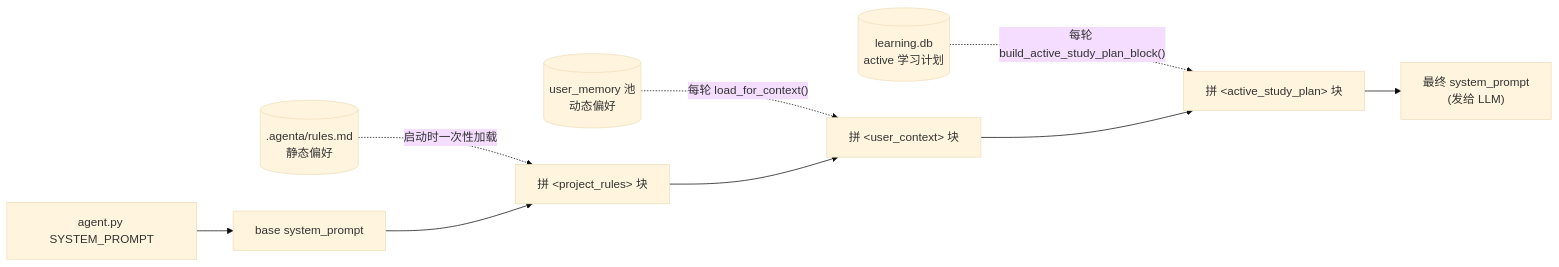
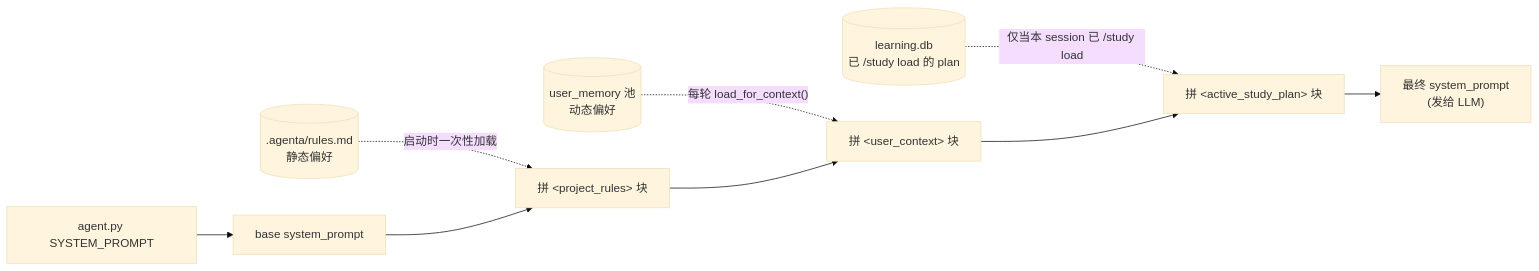
Before and after one commit to michaelwangzhenan/AgentA: diagram 14 of 20 in docs/design.md, drawn with Mermaid (base theme). The commit also changed other lines of this file and 24 other files, not shown here.

````diff
--- a/docs/design.md
+++ b/docs/design.md
@@ -603,14 +603,14 @@
 ```mermaid
 flowchart LR
     SYS["agent.py SYSTEM_PROMPT"]
     RULES[(".agenta/rules.md<br/>静态偏好")]
     MEM[("user_memory 池<br/>动态偏好")]
-    LP[("learning.db<br/>active 学习计划")]
+    LP[("learning.db<br/>已 /study load 的 plan")]
 
     SYS --> BASE["base system_prompt"]
     RULES -.->|"启动时一次性加载"| R["拼 &lt;project_rules&gt; 块"]
     MEM -.->|"每轮 load_for_context()"| C["拼 &lt;user_context&gt; 块"]
-    LP -.->|"每轮 build_active_study_plan_block()"| P["拼 &lt;active_study_plan&gt; 块"]
+    LP -.->|"仅当本 session 已 /study load"| P["拼 &lt;active_study_plan&gt; 块"]
 
     BASE --> R --> C --> P --> OUT["最终 system_prompt<br/>(发给 LLM)"]
 ```
````
